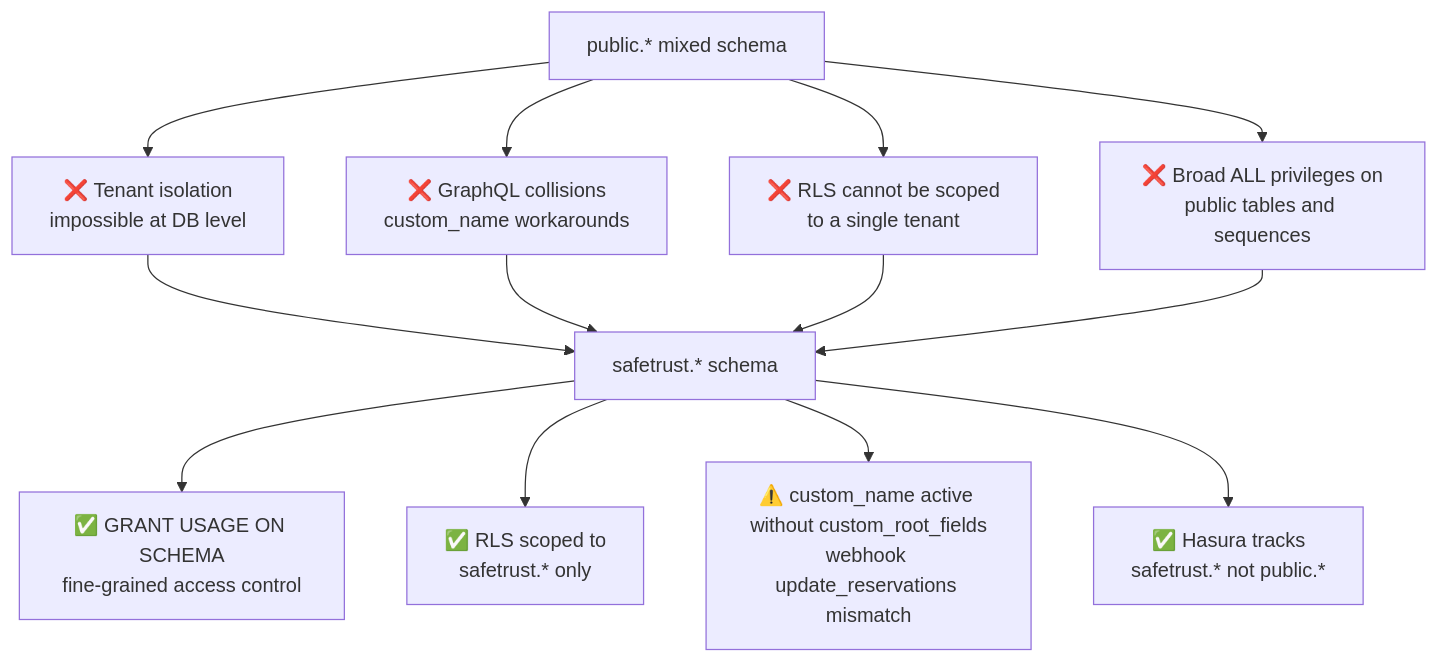
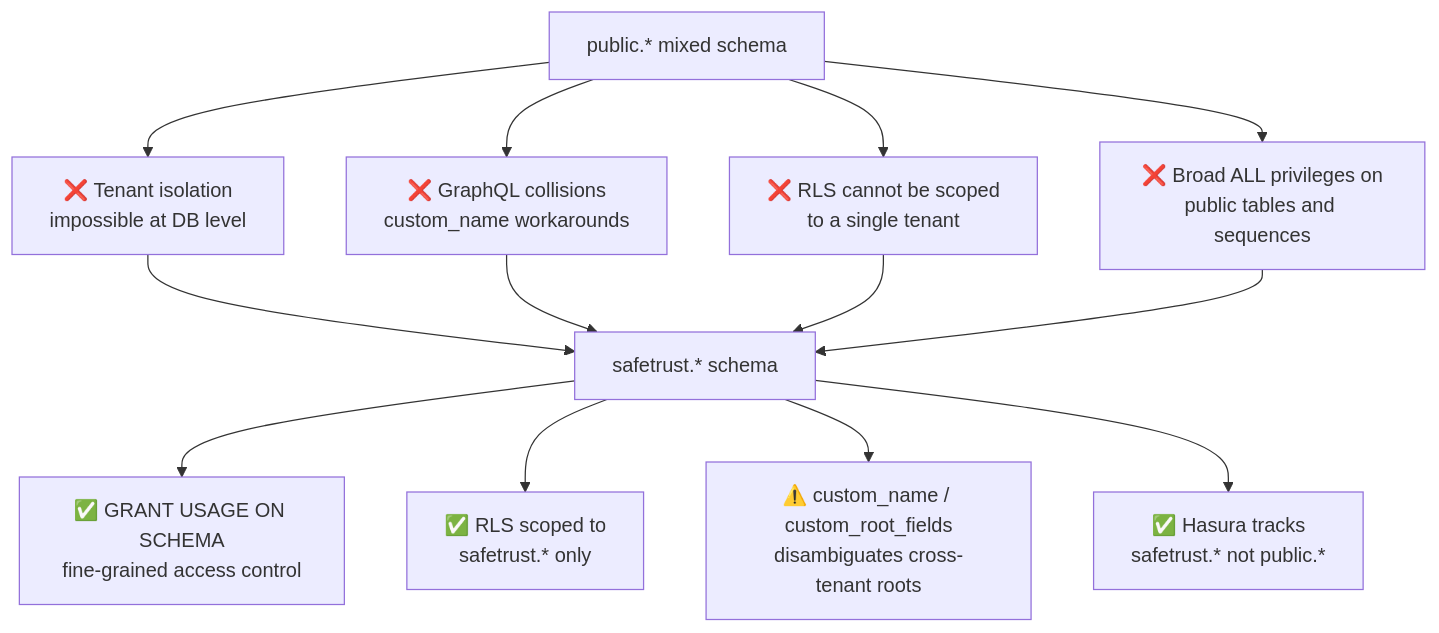
Before and after one commit to safetrustcr/backend-SafeTrust: the second of 6 diagrams in docs/migrations/safetrust-schema-migration.md, drawn with Mermaid. The commit also changed other lines of this file, not shown here.

Commit message:
docs(migrations): address CodeRabbit review feedback on schema migration doc

````diff
--- a/docs/migrations/safetrust-schema-migration.md
+++ b/docs/migrations/safetrust-schema-migration.md
@@ -79,19 +79,19 @@
 ```mermaid
 flowchart TD
     OLD[public.* mixed schema]
 
     OLD --> P1[❌ Tenant isolation<br/>impossible at DB level]
     OLD --> P2[❌ GraphQL collisions<br/>custom_name workarounds]
     OLD --> P3[❌ RLS cannot be scoped<br/>to a single tenant]
     OLD --> P4[❌ Broad ALL privileges on<br/>public tables and sequences]
 
     P1 --> FIX[safetrust.* schema]
     P2 --> FIX
     P3 --> FIX
     P4 --> FIX
 
     FIX --> R1[✅ GRANT USAGE ON SCHEMA<br/>fine-grained access control]
     FIX --> R2[✅ RLS scoped to<br/>safetrust.* only]
-    FIX --> R3[⚠️ custom_name active without custom_root_fields<br/>webhook update_reservations mismatch]
+    FIX --> R3[⚠️ custom_name / custom_root_fields<br/>disambiguates cross-tenant roots]
     FIX --> R4[✅ Hasura tracks<br/>safetrust.* not public.*]
 ```
````
